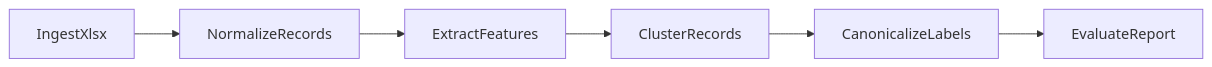
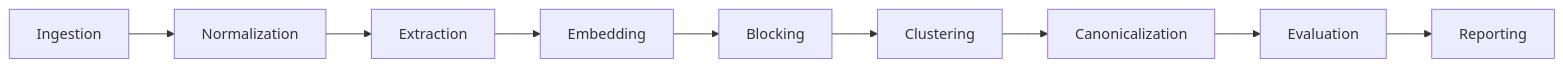
Before and after one commit to alanthayil/smart-product-grouper: the diagram in README.md, drawn with Mermaid. The commit also changed other lines of this file, not shown here.

````diff
--- a/README.md
+++ b/README.md
@@ -98,8 +63,11 @@
 ```mermaid
 flowchart LR
-  ingest[IngestXlsx] --> normalize[NormalizeRecords]
-  normalize --> extract[ExtractFeatures]
-  extract --> cluster[ClusterRecords]
-  cluster --> canonicalize[CanonicalizeLabels]
-  canonicalize --> evaluate[EvaluateReport]
+  ingestion[Ingestion] --> normalization[Normalization]
+  normalization --> extraction[Extraction]
+  extraction --> embedding[Embedding]
+  embedding --> blocking[Blocking]
+  blocking --> clustering[Clustering]
+  clustering --> canonicalization[Canonicalization]
+  canonicalization --> evaluation[Evaluation]
+  evaluation --> reporting[Reporting]
 ```
````
